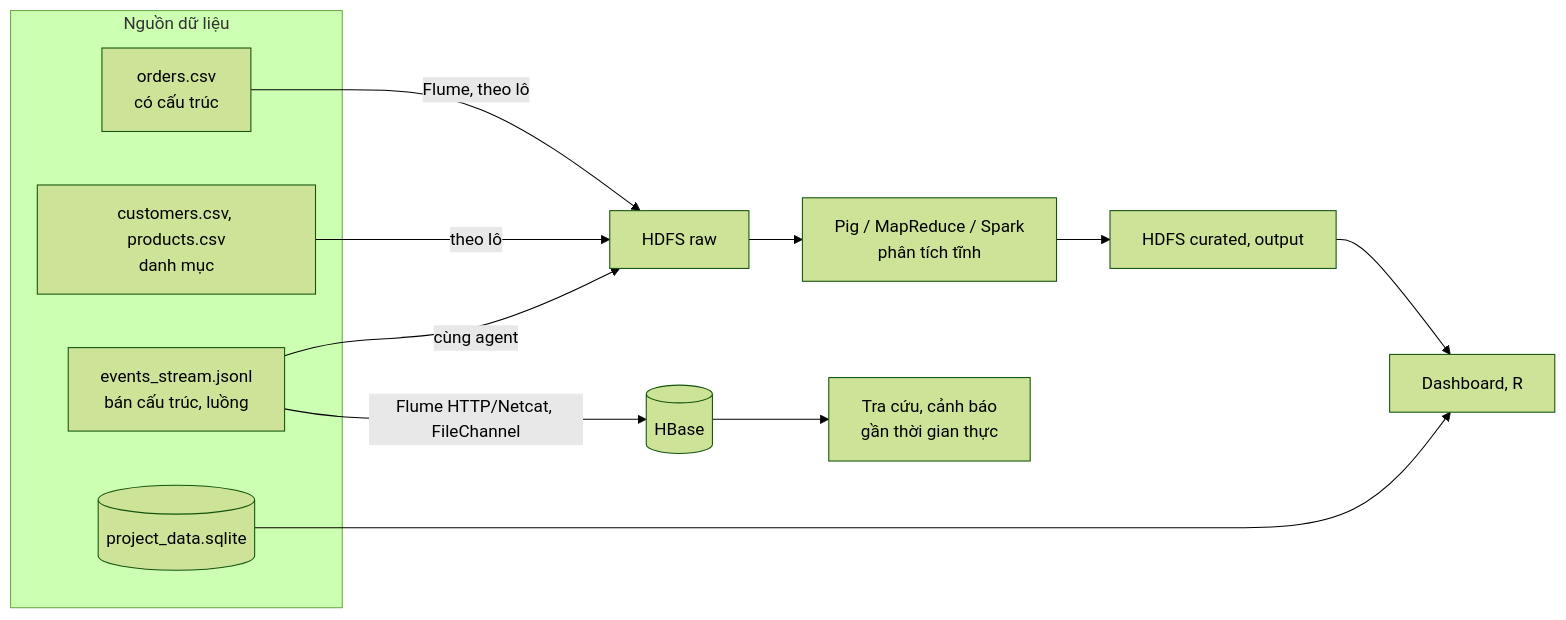
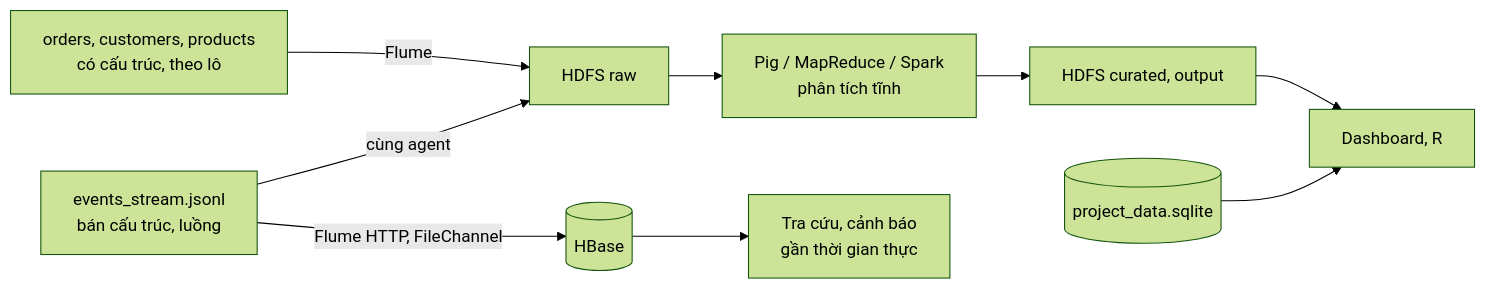
One commit to ariushieu/ecommerce-bigdata-pipeline changed the diagram in report/sections/13-dac-trung-big-data.md. Above: the diagram before and after it, drawn with Mermaid (forest theme). The commit also changed other lines of this file and 32 other files, not shown here.

````diff
--- a/report/sections/13-dac-trung-big-data.md
+++ b/report/sections/13-dac-trung-big-data.md
@@ -94,18 +73,11 @@
 ```mermaid
 flowchart LR
-  subgraph SRC[Nguồn dữ liệu]
-    O[orders.csv<br/>có cấu trúc]
-    M[customers.csv, products.csv<br/>danh mục]
-    E[events_stream.jsonl<br/>bán cấu trúc, luồng]
-    S[(project_data.sqlite)]
-  end
-  O -- Flume, theo lô --> RAW[HDFS raw]
-  M -- theo lô --> RAW
-  E -- Flume HTTP/Netcat, FileChannel --> HB[(HBase)]
+  O[orders, customers, products<br/>có cấu trúc, theo lô] -- Flume --> RAW[HDFS raw]
+  E[events_stream.jsonl<br/>bán cấu trúc, luồng] -- Flume HTTP, FileChannel --> HB[(HBase)]
   E -- cùng agent --> RAW
   RAW --> BATCH[Pig / MapReduce / Spark<br/>phân tích tĩnh]
   BATCH --> CUR[HDFS curated, output]
   CUR --> DASH[Dashboard, R]
-  S --> DASH
+  S[(project_data.sqlite)] --> DASH
   HB --> RT[Tra cứu, cảnh báo<br/>gần thời gian thực]
 ```
````
